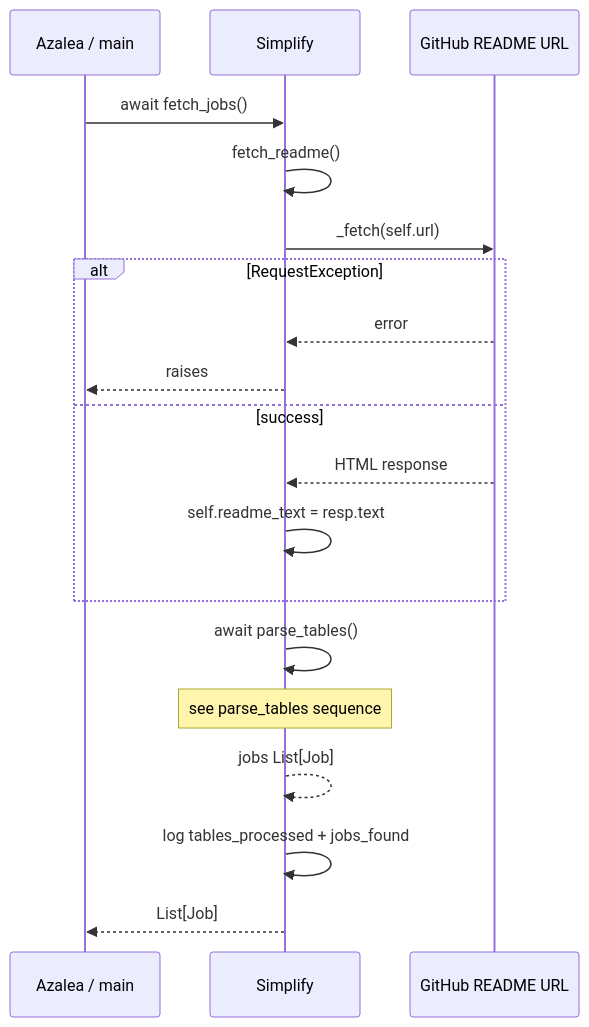
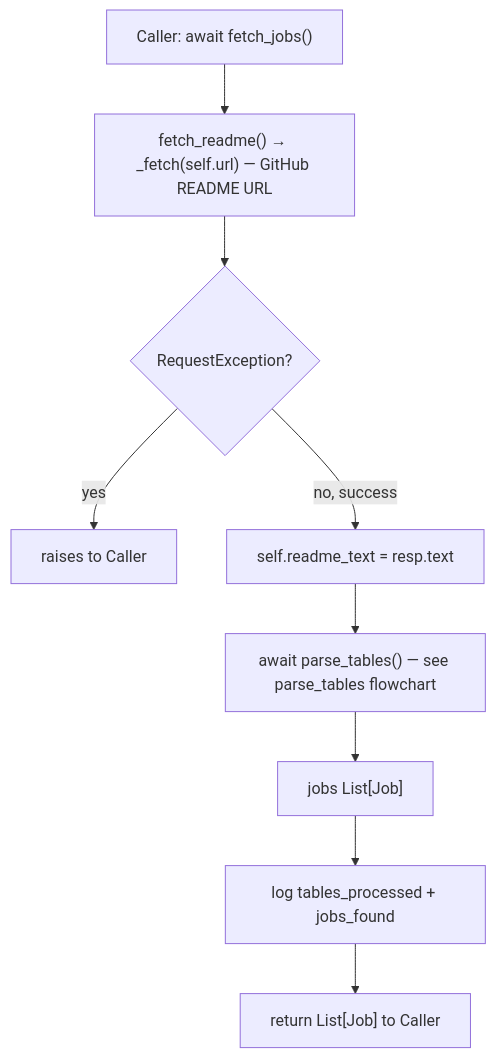
One commit to AustinDwomoh/libra changed the first of 3 diagrams in docs/diagrams/simplify_seq.md. Above: the diagram before and after it, drawn with Mermaid. The commit also changed other lines of this file and 17 other files, not shown here.

First line of the commit message:
Convert Mermaid sequences to flowcharts

````diff
--- a/docs/diagrams/simplify_seq.md
+++ b/docs/diagrams/simplify_seq.md
@@ -1,25 +1,12 @@
 ```mermaid
-%% sequenceDiagram — fetch_jobs (top-level orchestration)
-sequenceDiagram
-    participant Caller as Azalea / main
-    participant S as Simplify
-    participant GH as GitHub README URL
-
-    Caller->>S: await fetch_jobs()
-    S->>S: fetch_readme()
-    S->>GH: _fetch(self.url)
-    alt RequestException
-        GH-->>S: error
-        S-->>Caller: raises
-    else success
-        GH-->>S: HTML response
-        S->>S: self.readme_text = resp.text
-    end
-
-    S->>S: await parse_tables()
-    Note over S: see parse_tables sequence
-    S-->>S: jobs List[Job]
-
-    S->>S: log tables_processed + jobs_found
-    S-->>Caller: List[Job]
+%% flowchart — fetch_jobs (top-level orchestration)
+flowchart TD
+    A["Caller: await fetch_jobs()"] --> B["fetch_readme() → _fetch(self.url) — GitHub README URL"]
+    B --> C{RequestException?}
+    C -->|yes| D[raises to Caller]
+    C -->|no, success| E["self.readme_text = resp.text"]
+    E --> F["await parse_tables() — see parse_tables flowchart"]
+    F --> G["jobs List[Job]"]
+    G --> H["log tables_processed + jobs_found"]
+    H --> I["return List[Job] to Caller"]
 ```
````
